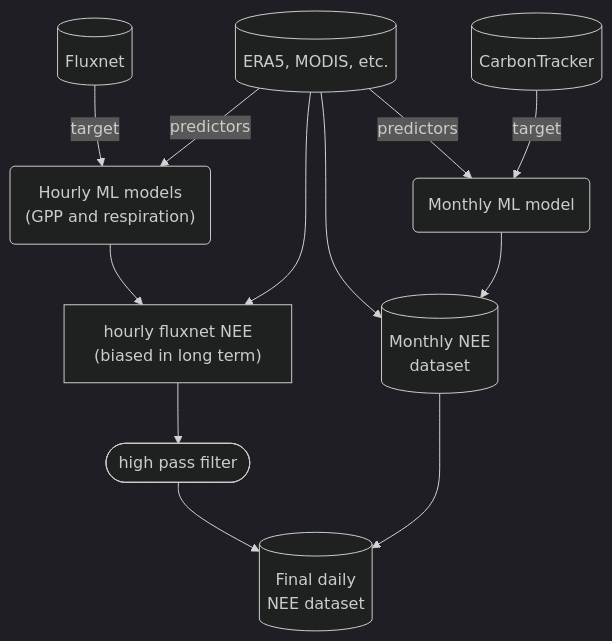
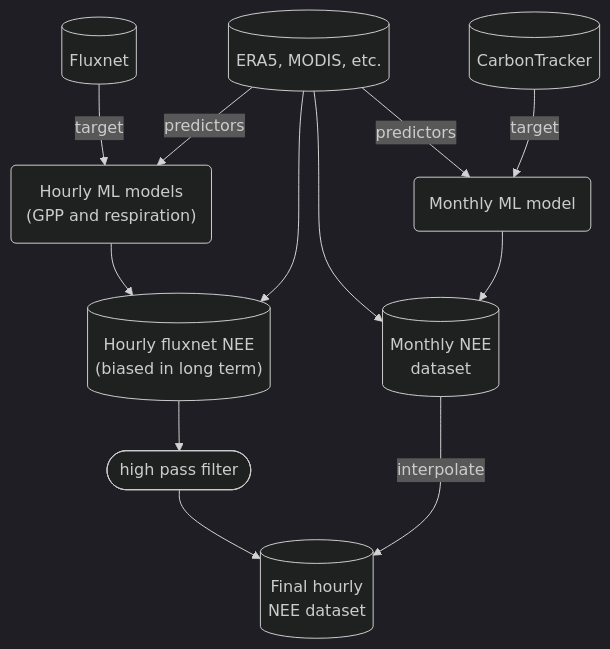
The diagram in docs/index.md (EXCITED-CO2/excited-workflow), drawn with Mermaid (dark theme) before and after one commit. The commit also changed 7 other files, not shown here.

````diff
--- a/docs/index.md
+++ b/docs/index.md
@@ -12,23 +12,23 @@
 ```mermaid
 graph TD;
     monthlymodel(Monthly ML model);
     input[(ERA5, MODIS, etc.)];
     fluxnet[(Fluxnet)];
     carbontracker[(CarbonTracker)];
-    dailydataset["hourly fluxnet NEE\n(biased in long term)"];
+    hourlydataset[("Hourly fluxnet NEE\n(biased in long term)")];
     hourlymodel("Hourly ML models\n(GPP and respiration)");
     monthlydataset[(Monthly NEE\ndataset)];
-    finaldataset[(Final daily\nNEE dataset)];
+    finaldataset[(Final hourly\nNEE dataset)];
 
     fluxnet-->|target| hourlymodel;
     input-->|predictors| hourlymodel;
     input-->|predictors| monthlymodel;
     carbontracker-->|target| monthlymodel;
-    hourlymodel-->dailydataset;
+    hourlymodel-->hourlydataset;
     input-->monthlydataset;
     monthlymodel-->monthlydataset;
-    dailydataset-->hpf([high pass filter]);
+    hourlydataset-->hpf([high pass filter]);
     hpf-->finaldataset;
-    monthlydataset-->finaldataset;
-    input-->dailydataset;
+    monthlydataset-->|interpolate| finaldataset;
+    input-->hourlydataset;
 ```
````
